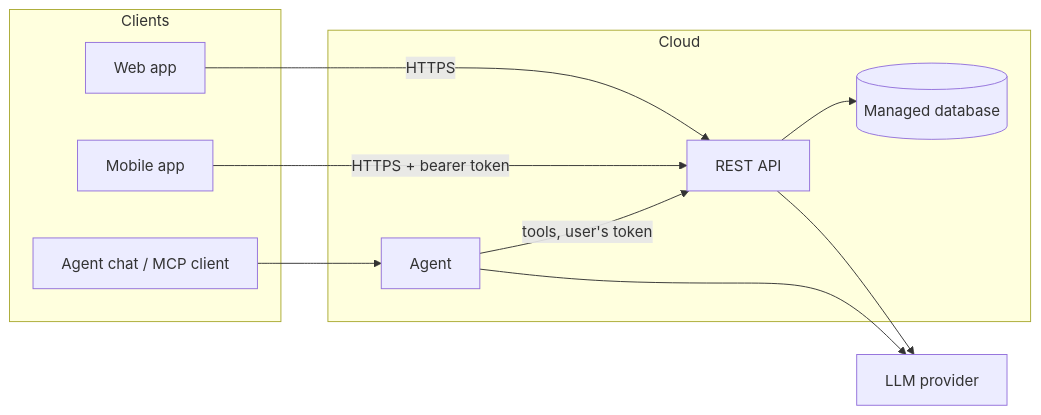
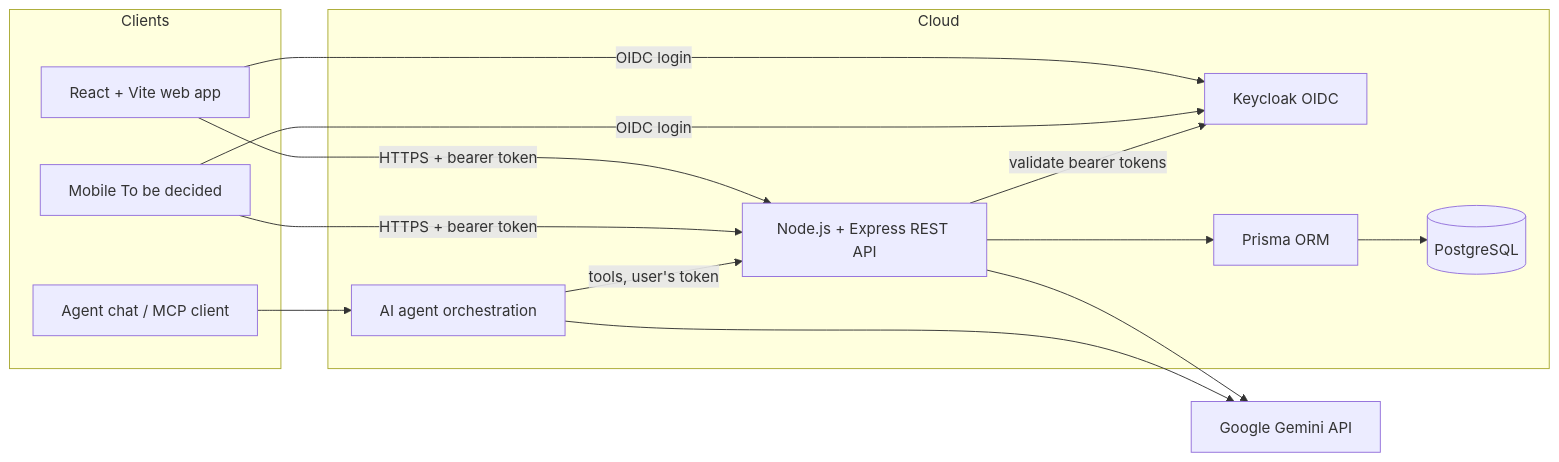
Before and after one commit to is-fri-2026/project-raph-oilhan: the first of 3 diagrams in docs/architecture.md, drawn with Mermaid. The commit also changed 4 other files, not shown here.

Commit message:
Write into the agent.md. Create story for the agent, LLM and mobile use. They are now in must for the final. Fix the architecture with the precision of the tech used

````diff
--- a/docs/architecture.md
+++ b/docs/architecture.md
@@ -5,22 +5,28 @@
 ```mermaid
 flowchart LR
     subgraph Clients
-        Web[Web app]
-        Mobile[Mobile app]
+        Web[React + Vite web app]
+        Mobile[Mobile To be decided]
         AgentUI[Agent chat / MCP client]
     end
     subgraph Cloud
-        API[REST API]
-        Agent[Agent]
-        DB[(Managed database)]
+        API[Node.js + Express REST API]
+        Agent[AI agent orchestration]
+        Auth[Keycloak OIDC]
+        ORM[Prisma ORM]
+        DB[(PostgreSQL)]
     end
-    LLM[LLM provider]
+    LLM[Google Gemini API]
 
-    Web -->|HTTPS| API
+    Web -->|HTTPS + bearer token| API
     Mobile -->|HTTPS + bearer token| API
     AgentUI --> Agent
     Agent -->|tools, user's token| API
+    Web -->|OIDC login| Auth
+    Mobile -->|OIDC login| Auth
+    API -->|validate bearer tokens| Auth
+    API --> ORM
+    ORM --> DB
+    API --> LLM
     Agent --> LLM
-    API --> DB
-    API --> LLM
 ```
````
